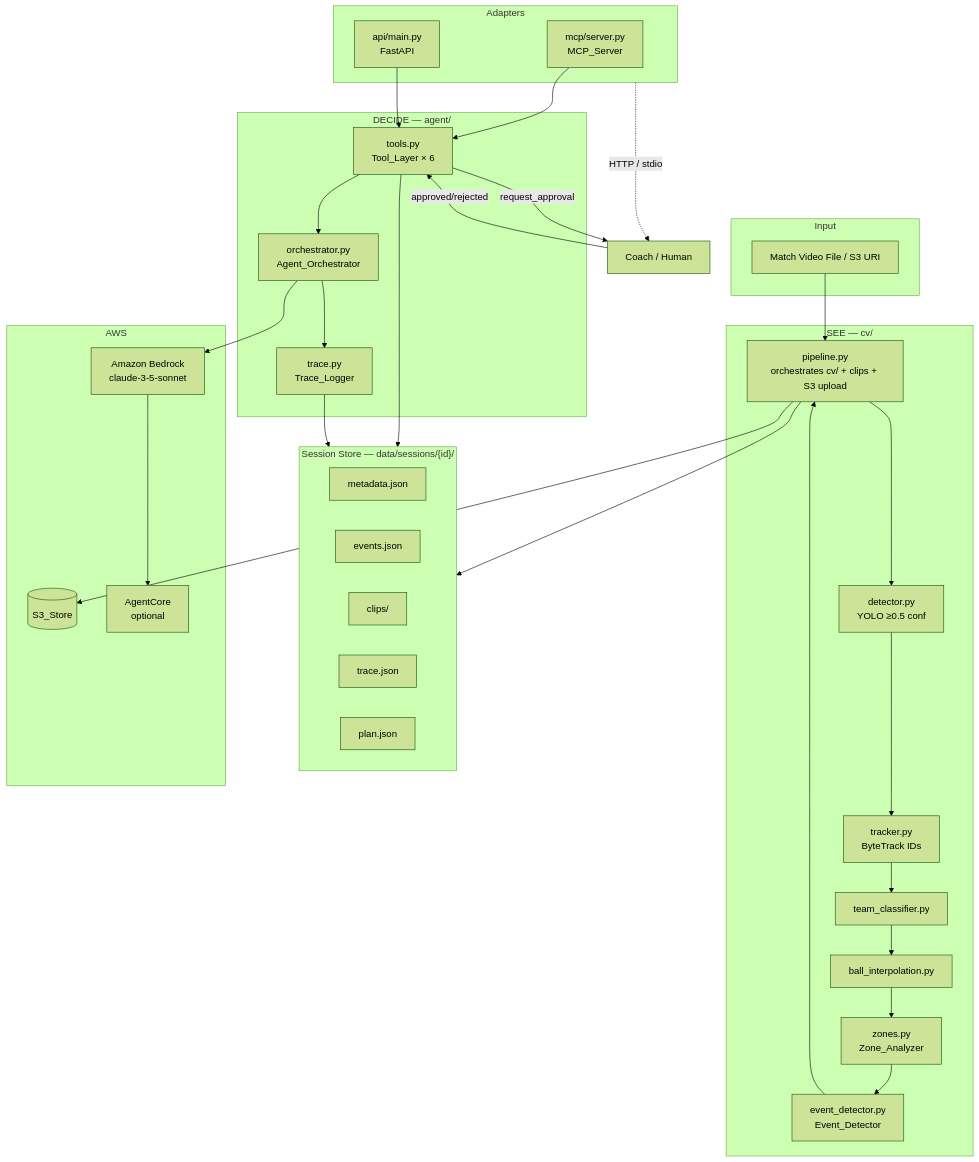
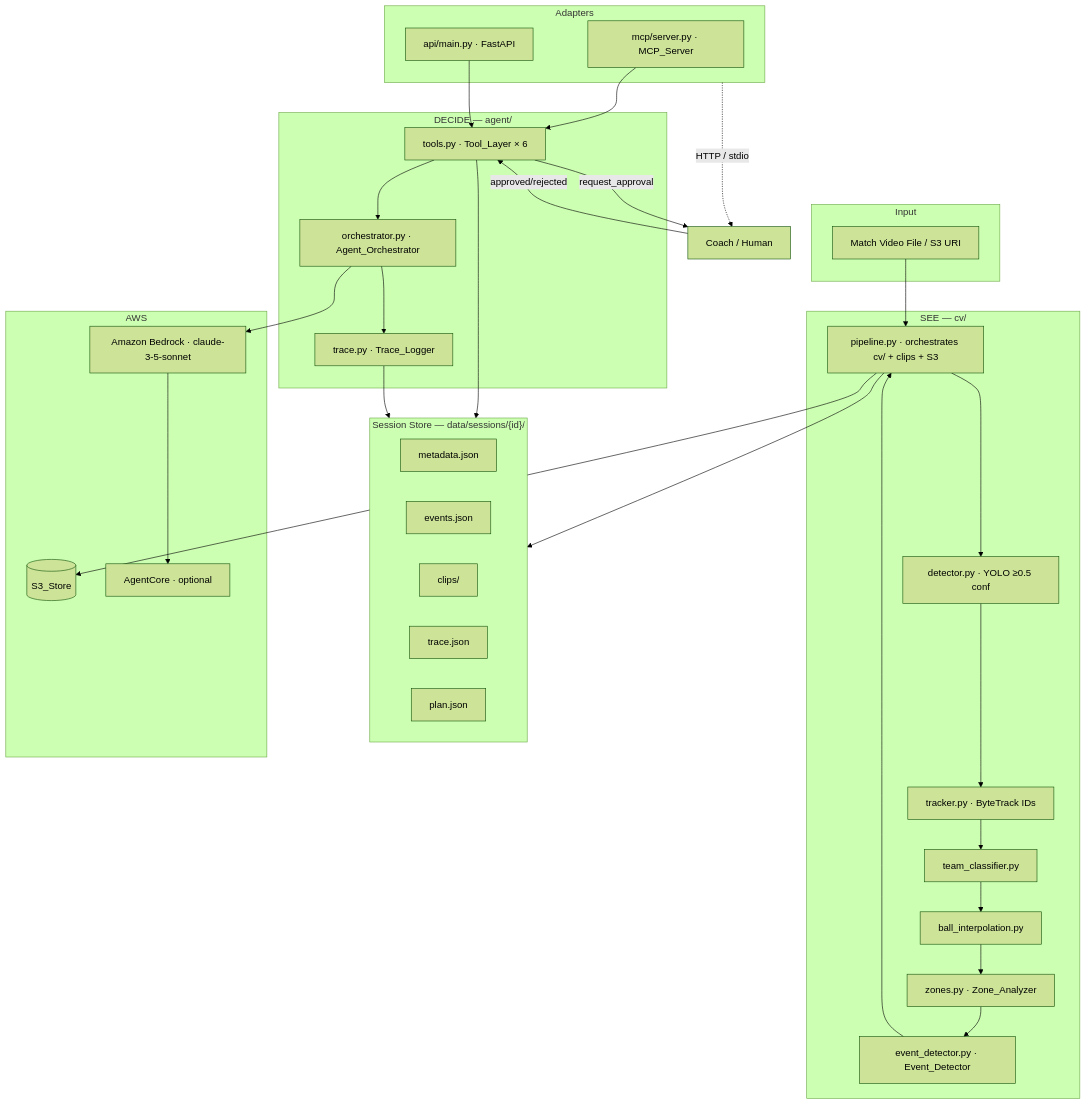
Before and after one commit to ousssamarahmani/Tactiframe: the diagram in README.md, drawn with Mermaid (forest theme). The commit also changed other lines of this file, not shown here.

````diff
--- a/README.md
+++ b/README.md
@@ -13,62 +39,61 @@
 ```mermaid
 graph TD
     subgraph Input
         VIDEO[Match Video File / S3 URI]
     end
 
     subgraph SEE["SEE — cv/"]
-        DET[detector.py<br/>YOLO ≥0.5 conf]
-        TRK[tracker.py<br/>ByteTrack IDs]
+        DET[detector.py · YOLO ≥0.5 conf]
+        TRK[tracker.py · ByteTrack IDs]
         TC[team_classifier.py]
         BI[ball_interpolation.py]
-        ZA[zones.py<br/>Zone_Analyzer]
-        ED[event_detector.py<br/>Event_Detector]
-        PL[pipeline.py<br/>orchestrates cv/ + clips + S3 upload]
+        ZA[zones.py · Zone_Analyzer]
+        ED[event_detector.py · Event_Detector]
+        PL[pipeline.py · orchestrates cv/ + clips + S3]
     end
 
     subgraph STORE["Session Store — data/sessions/{id}/"]
         META[metadata.json]
         EVTS[events.json]
         CLIPS[clips/]
         TRACE[trace.json]
         PLAN[plan.json]
     end
 
     subgraph DECIDE["DECIDE — agent/"]
-        TOOLS[tools.py<br/>Tool_Layer × 6]
-        ORCH[orchestrator.py<br/>Agent_Orchestrator]
-        TL[trace.py<br/>Trace_Logger]
+        TOOLS[tools.py · Tool_Layer × 6]
+        ORCH[orchestrator.py · Agent_Orchestrator]
+        TL[trace.py · Trace_Logger]
     end
 
     subgraph AWS
         S3[(S3_Store)]
-        BDR[Amazon Bedrock<br/>claude-3-5-sonnet]
-        AGC[AgentCore<br/>optional]
+        BDR[Amazon Bedrock · claude-3-5-sonnet]
+        AGC[AgentCore · optional]
     end
 
     subgraph ADAPTERS["Adapters"]
-        MCP[mcp/server.py<br/>MCP_Server]
-        API[api/main.py<br/>FastAPI]
+        MCP[mcp/server.py · MCP_Server]
+        API[api/main.py · FastAPI]
     end
 
     COACH[Coach / Human]
 
     VIDEO --> PL
     PL --> DET --> TRK --> TC --> BI --> ZA --> ED --> PL
     PL --> STORE
     PL --> S3
 
     TOOLS --> STORE
     TOOLS --> ORCH
     ORCH --> BDR
     BDR --> AGC
     ORCH --> TL --> STORE
 
-    TOOLS --> |request_approval| COACH
-    COACH --> |approved/rejected| TOOLS
+    TOOLS -->|request_approval| COACH
+    COACH -->|approved/rejected| TOOLS
 
     MCP --> TOOLS
     API --> TOOLS
-
     ADAPTERS -.->|HTTP / stdio| COACH
 ```
````
